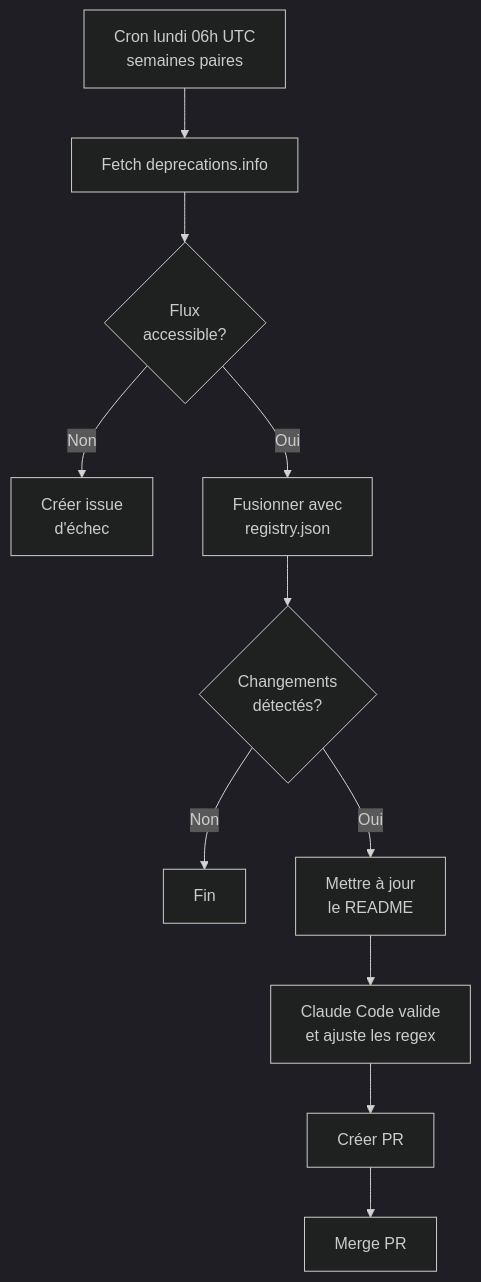
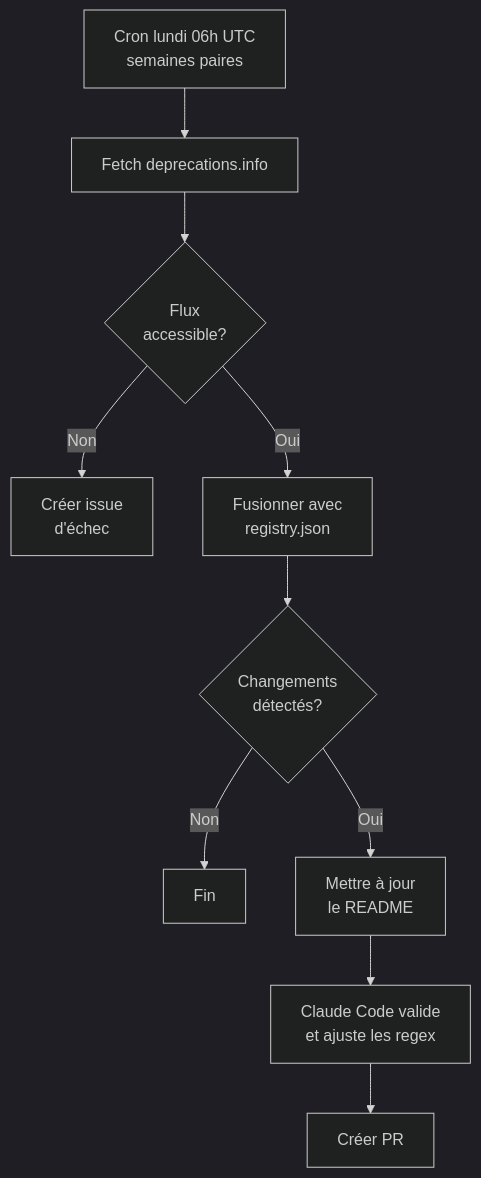
Before and after one commit to Baseline-quebec/tracking-llm-discontinued: the second of 2 diagrams in README.md, drawn with Mermaid (dark theme). The commit also changed other lines of this file and 1 other file, not shown here.

First line of the commit message:
fix: retirer le merge automatique du workflow (#15)

````diff
--- a/README.md
+++ b/README.md
@@ -102,13 +102,12 @@
 ```mermaid
 flowchart TD
     A[Cron lundi 06h UTC<br>semaines paires] --> B[Fetch deprecations.info]
     B --> C{Flux<br>accessible?}
     C -->|Non| D[Créer issue<br>d'échec]
     C -->|Oui| E[Fusionner avec<br>registry.json]
     E --> F{Changements<br>détectés?}
     F -->|Non| G[Fin]
     F -->|Oui| H[Mettre à jour<br>le README]
     H --> I[Claude Code valide<br>et ajuste les regex]
     I --> J[Créer PR]
-    J --> K[Merge PR]
 ```
````
